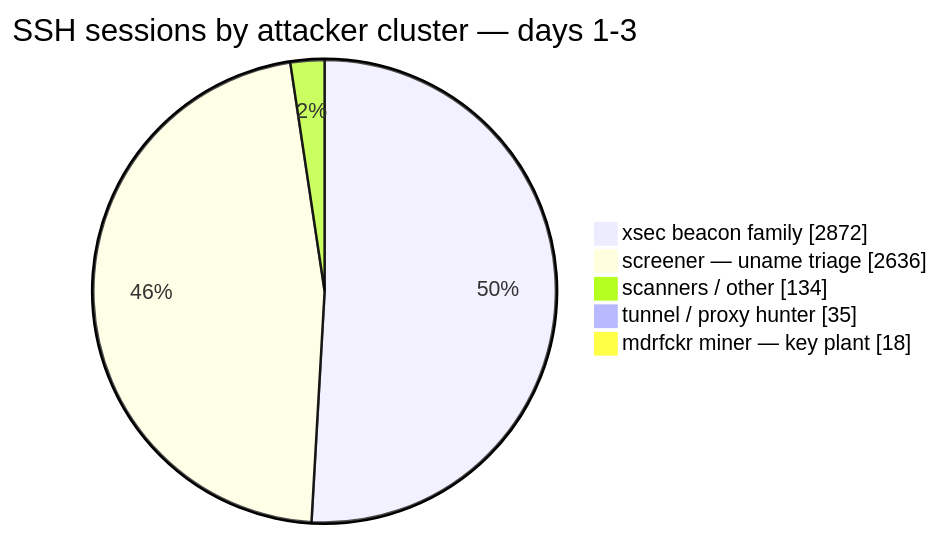
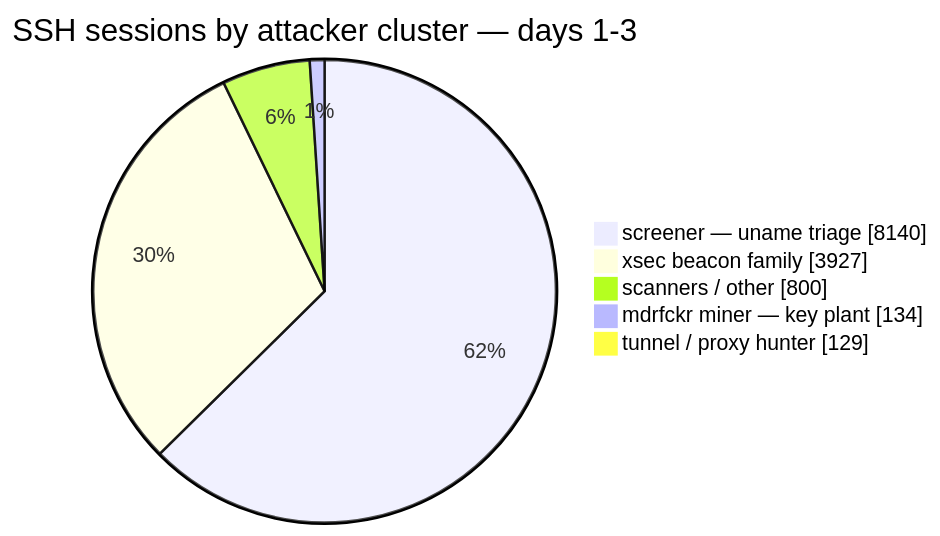
One commit to gogvale/oliveira-ninja-blog changed the first of 2 diagrams in _drafts/2026-09-06-decoy-boutique.md. Above: the diagram before and after it, drawn with Mermaid. The commit also changed other lines of this file and 1 other file, not shown here.

Commit message:
draft(decoy): regenerate 3-day waves chart (dual-axis, log-rotation bug fixed: 13,130 SSH conns), fix SSH cluster pie, note heist-cast idea

````diff
--- a/_drafts/2026-09-06-decoy-boutique.md
+++ b/_drafts/2026-09-06-decoy-boutique.md
@@ -66,9 +68,9 @@
 ```mermaid
 pie showData
     title SSH sessions by attacker cluster — days 1-3
-    "xsec beacon family" : 2872
-    "screener — uname triage" : 2636
-    "scanners / other" : 134
-    "tunnel / proxy hunter" : 35
-    "mdrfckr miner — key plant" : 18
+    "screener — uname triage" : 8140
+    "xsec beacon family" : 3927
+    "scanners / other" : 800
+    "mdrfckr miner — key plant" : 134
+    "tunnel / proxy hunter" : 129
 ```
````
